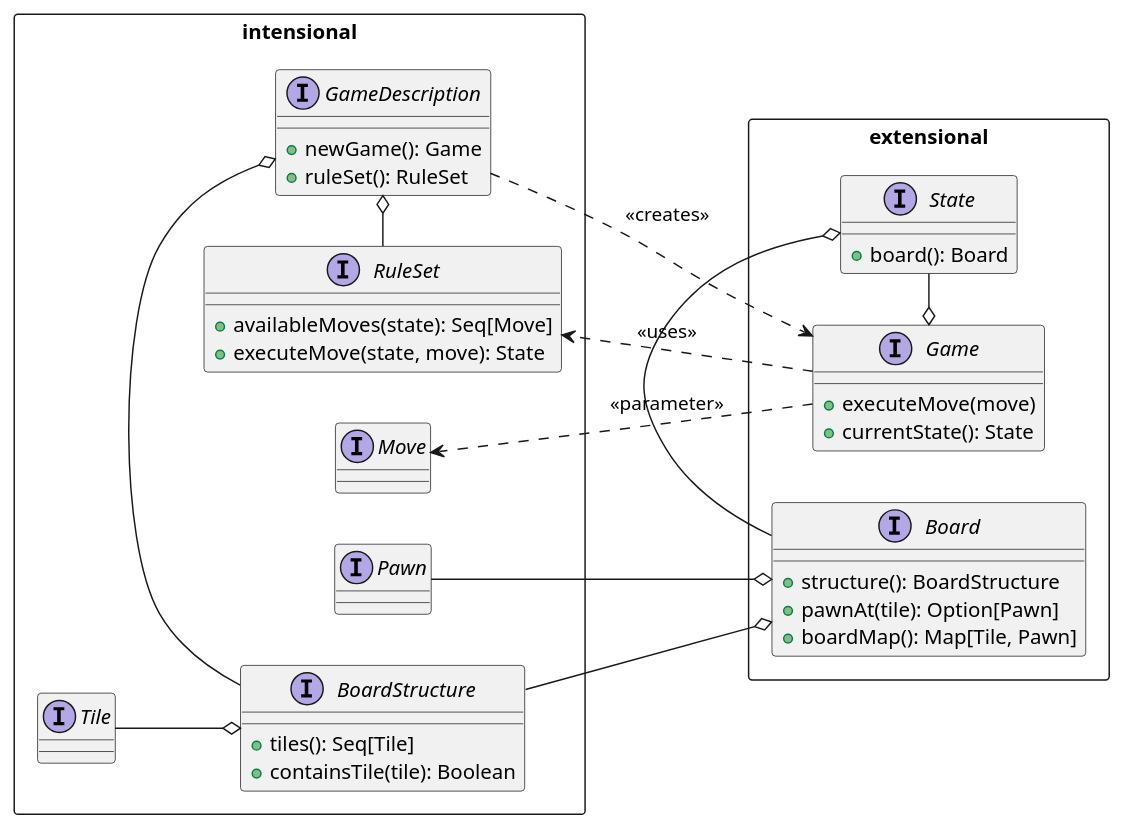
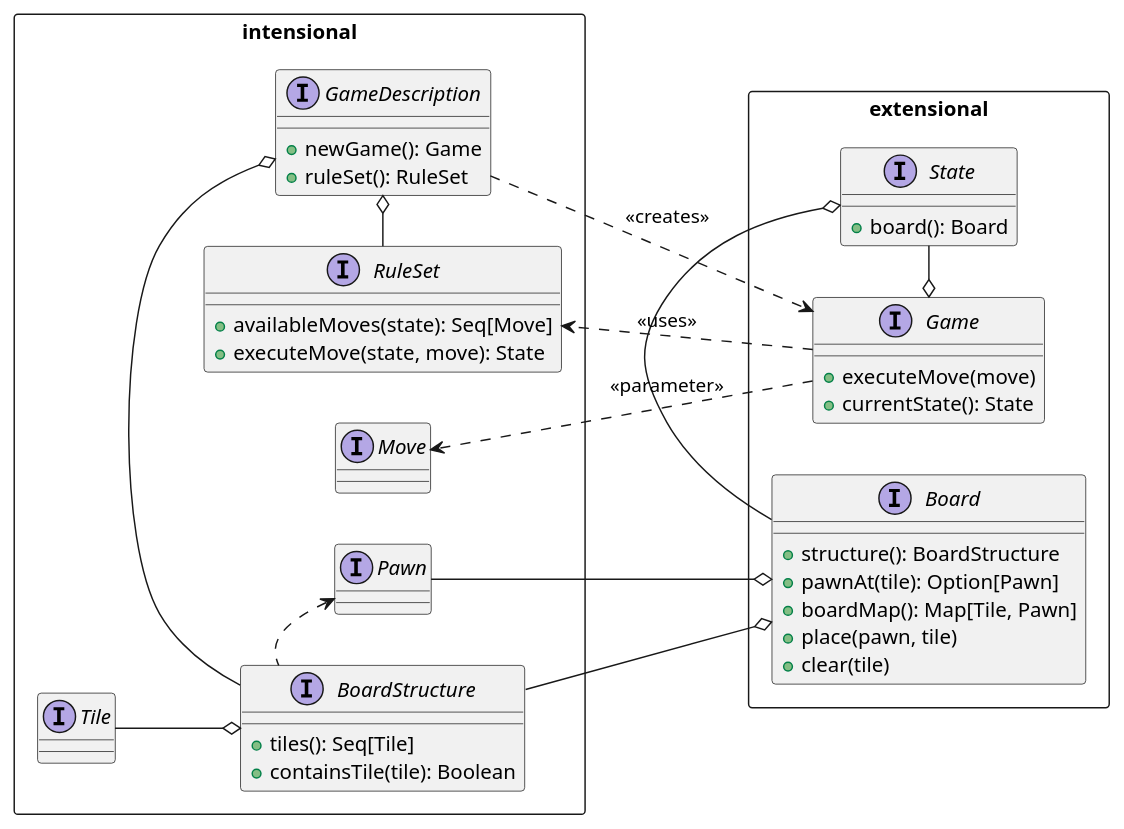
The diagram in doc/modeling/architecture/domain_analysis.plantuml (francescodente/PPS-19-s-bags), drawn with PlantUML before and after one commit.

Commit message:
docs: add place and clear methods in Board class diagram

```diff
--- a/doc/modeling/architecture/domain_analysis.plantuml
+++ b/doc/modeling/architecture/domain_analysis.plantuml
@@ -1,95 +1,98 @@
 @startuml domain_analysis
 
 ' package Extensional <<rectangle>> {
 '     interface Board {
 '         +structure(): BoardStructure
 '         +pawnAt(tile): Option[Pawn]
 '         +boardMap(): Map[Tile, Pawn]
 '     }
 '     interface State {
 '         +board(): Board
 '     }
 '     interface Game {
 '         +executeMove(move)
 '         +currentState(): State
 '     }
     
 '     Board -left-o State
 '     State -left-o Game
 ' }
 
 ' package Intensional <<rectangle>> {
 '     interface GameDescription {
 '         +newGame(): Game
 '         +ruleSet(): RuleSet
 '     }
 '     interface BoardStructure {
 '         +tiles(): Seq[Tile]
 '         +containsTile(tile): Boolean
 '     }
 '     interface RuleSet {
 '         +availableMoves(): Seq[Move]
 '         +executeMove(state, move): State
 '     }
 '     interface Move
 
 '     BoardStructure -left-o GameDescription
 '     RuleSet -right-o GameDescription
 ' }
 
 ' Game .left.> Move
 ' GameDescription ..> Game: <<creates>>
 ' Game ..> RuleSet: <<uses>>
 ' BoardStructure --o Board
 
 left to right direction
 
 package extensional <<rectangle>> {
     interface Board {
         +structure(): BoardStructure
         +pawnAt(tile): Option[Pawn]
         +boardMap(): Map[Tile, Pawn]
+        +place(pawn, tile)
+        +clear(tile)
     }
     interface State {
         +board(): Board
     }
     interface Game {
         +executeMove(move)
         +currentState(): State
     }
     
     Board -left-o State
     State -left-o Game
 }
 
 package intensional <<rectangle>> {
     interface GameDescription {
         +newGame(): Game
         +ruleSet(): RuleSet
     }
     interface BoardStructure {
         +tiles(): Seq[Tile]
         +containsTile(tile): Boolean
     }
     interface RuleSet {
         +availableMoves(state): Seq[Move]
         +executeMove(state, move): State
     }
     interface Move
     interface Pawn
     interface Tile
 
     Tile --o BoardStructure
     BoardStructure -left-o GameDescription
     RuleSet -right-o GameDescription
     RuleSet -[hidden]> Move
     Pawn -[hidden]> BoardStructure
+    Pawn <.. BoardStructure
 }
 
 Game ..> Move: <<parameter>>
 GameDescription ..> Game: <<creates>>
 Game ..> RuleSet: <<uses>>
 BoardStructure --o Board
 Pawn --o Board
 
 @enduml
```
